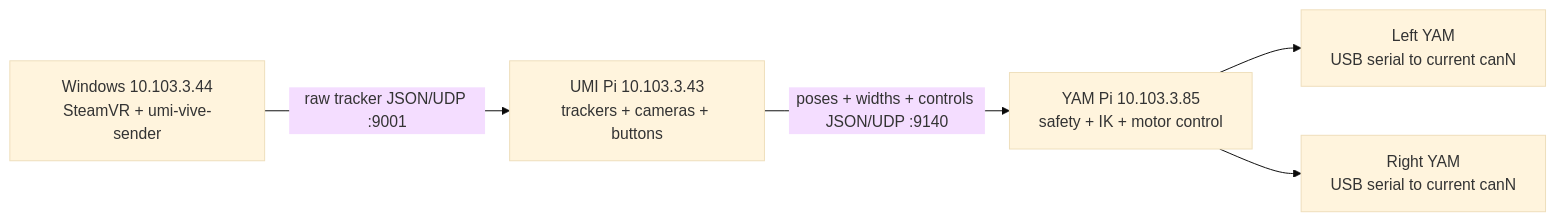
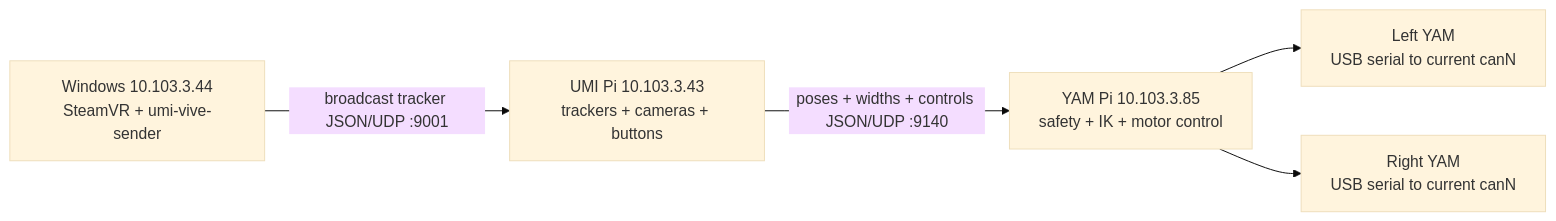
Before and after one commit to AfterQuery-Research/umi-teleop: the diagram in README.md, drawn with Mermaid (base theme). The commit also changed other lines of this file and 2 other files, not shown here.

Commit message:
Broadcast Vive tracker UDP by default

````diff
--- a/README.md
+++ b/README.md
@@ -11,12 +11,12 @@
 ```mermaid
 flowchart LR
     W["Windows 10.103.3.44<br/>SteamVR + umi-vive-sender"]
     S["UMI Pi 10.103.3.43<br/>trackers + cameras + buttons"]
     Y["YAM Pi 10.103.3.85<br/>safety + IK + motor control"]
     L["Left YAM<br/>USB serial to current canN"]
     R["Right YAM<br/>USB serial to current canN"]
-    W -->|"raw tracker JSON/UDP :9001"| S
+    W -->|"broadcast tracker JSON/UDP :9001"| S
     S -->|"poses + widths + controls JSON/UDP :9140"| Y
     Y --> L
     Y --> R
 ```
````
